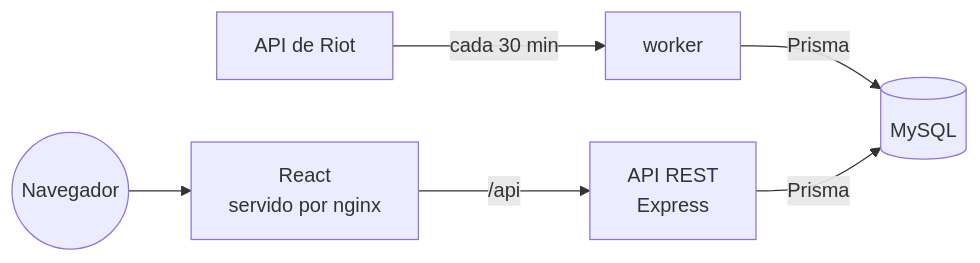
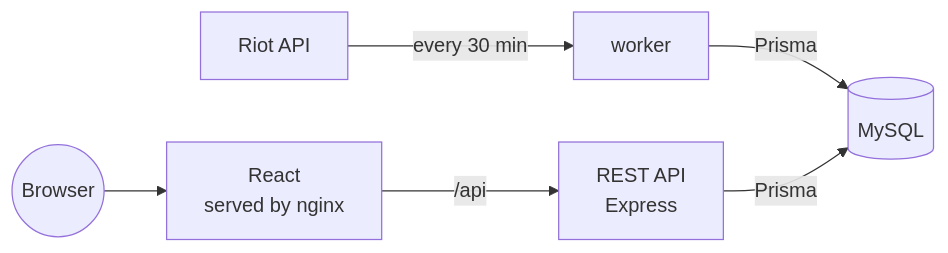
One commit to MK-1379/lol-stats changed the diagram in README.md. Above: the diagram before and after it, drawn with Mermaid. The commit also changed other lines of this file and 3 other files, not shown here.

````diff
--- a/README.md
+++ b/README.md
@@ -27,8 +27,8 @@
 ```mermaid
 flowchart LR
-    riot[API de Riot] -->|cada 30 min| worker
+    riot[Riot API] -->|every 30 min| worker
     worker -->|Prisma| db[(MySQL)]
-    api["API REST<br>Express"] -->|Prisma| db
-    web["React<br>servido por nginx"] -->|/api| api
-    usuario((Navegador)) --> web
+    api["REST API<br>Express"] -->|Prisma| db
+    web["React<br>served by nginx"] -->|/api| api
+    user((Browser)) --> web
 ```
````
